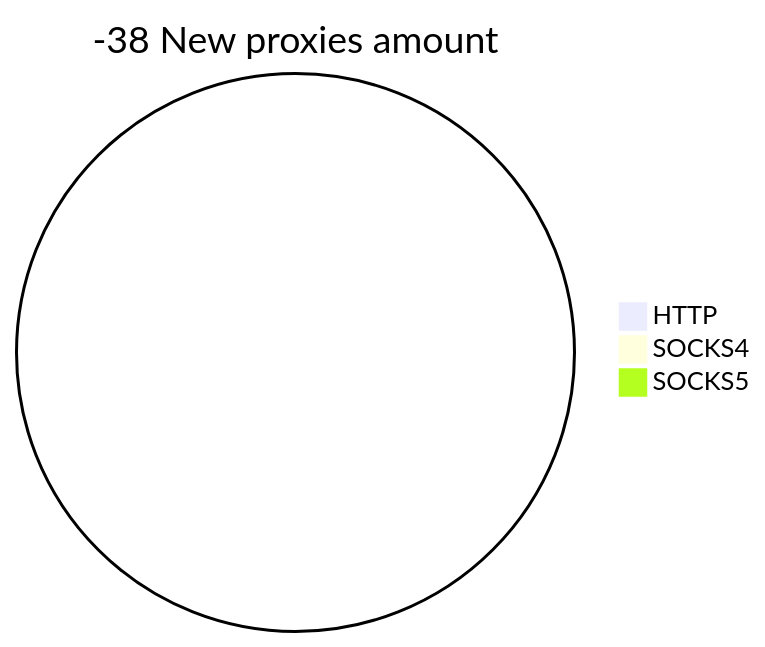
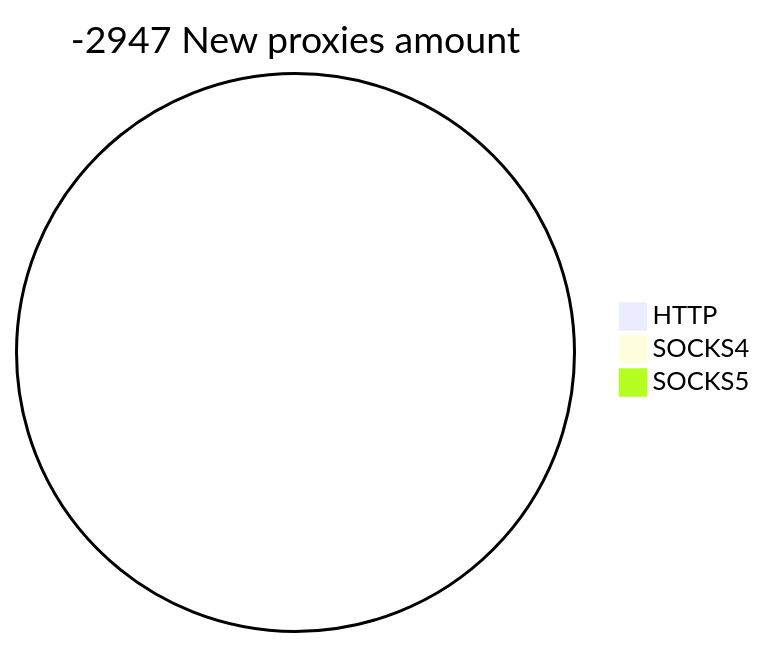
Before and after one commit to cutipu/proxylist: the second of 2 diagrams in README.md, drawn with Mermaid. The commit also changed other lines of this file, not shown here.

````diff
--- a/README.md
+++ b/README.md
@@ -10,6 +10,6 @@
 ```mermaid
-pie title -38 New proxies amount
+pie title -2947 New proxies amount
     "HTTP" : 0
     "SOCKS4" : 0
     "SOCKS5" : 0
 ```
````
